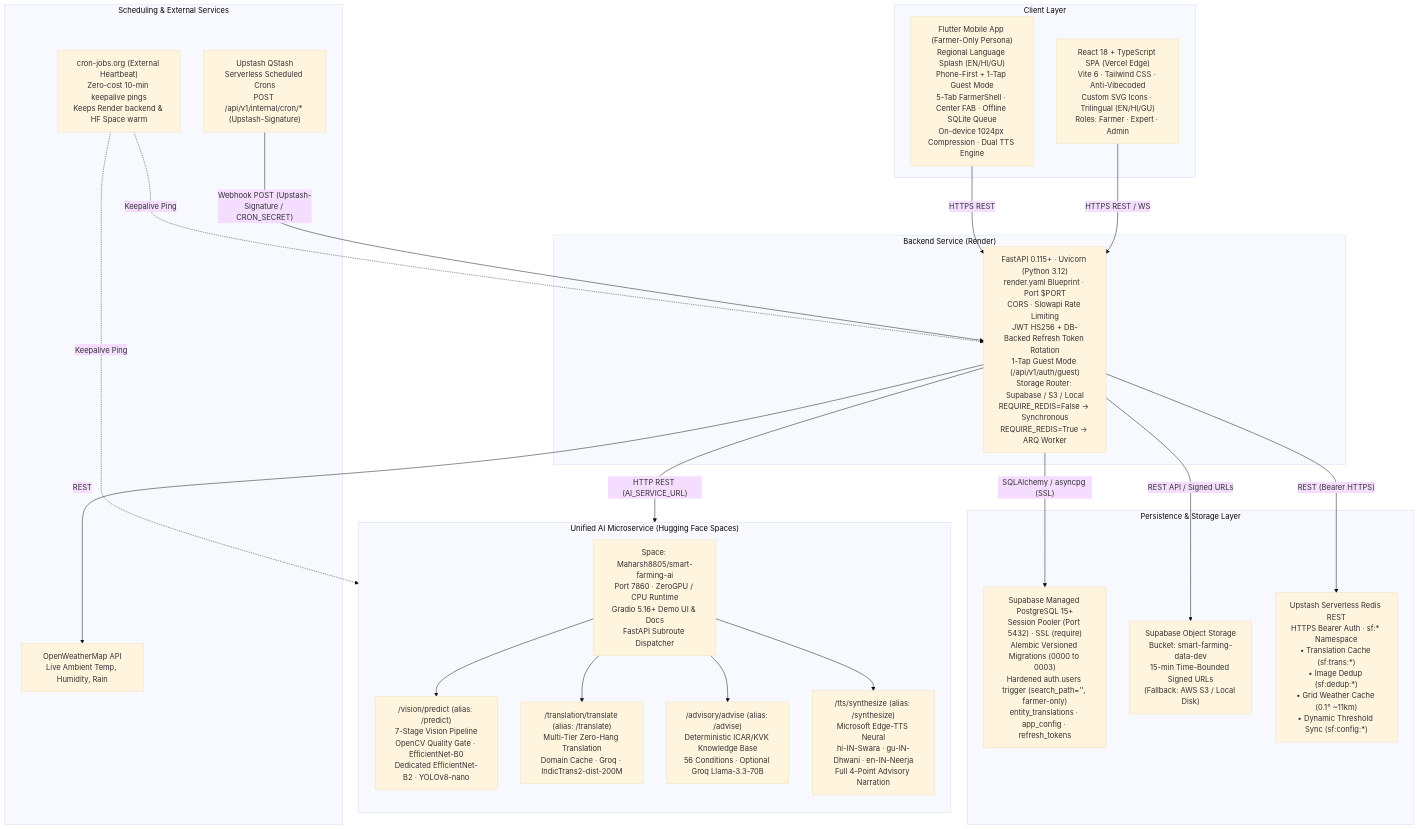
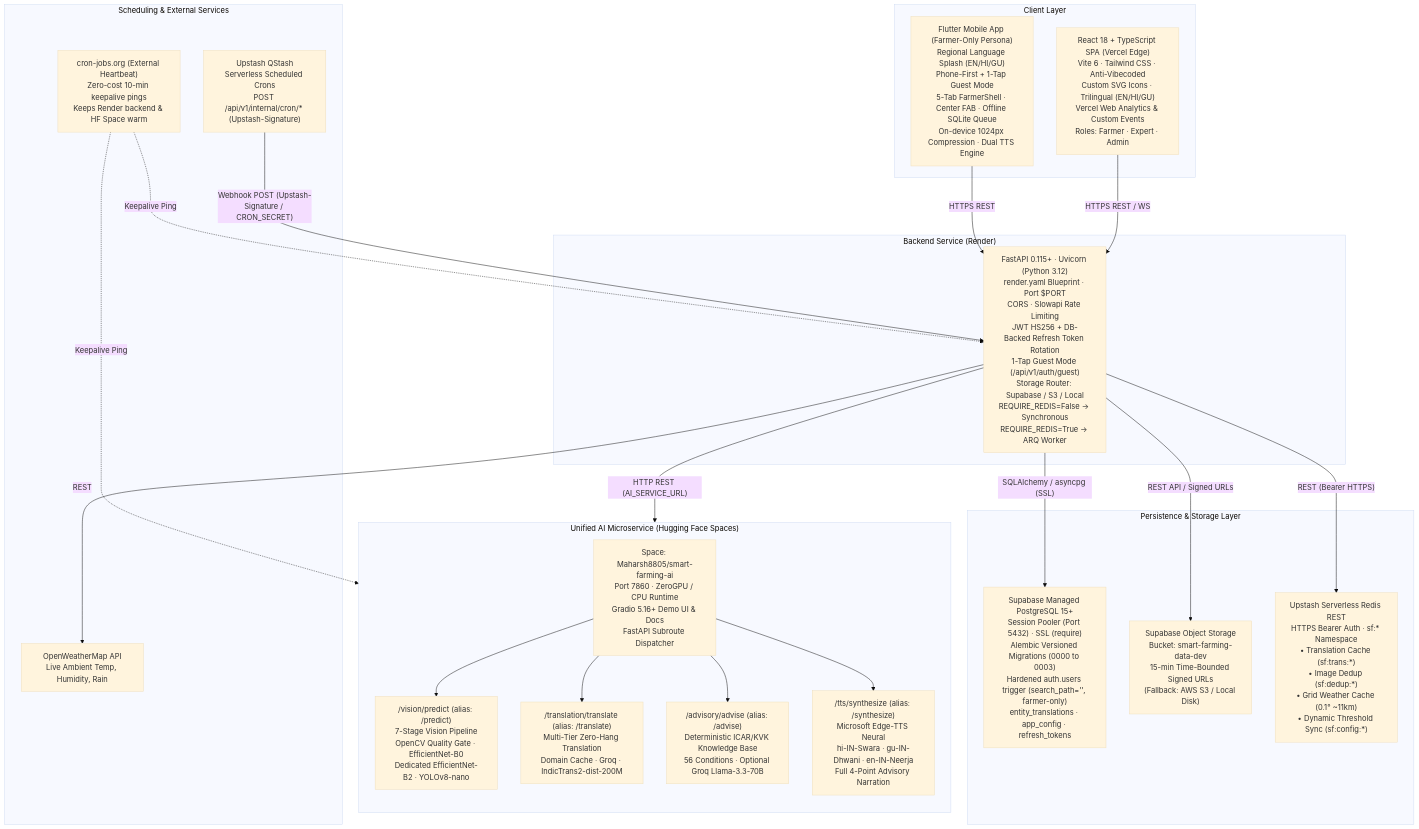
Before and after one commit to manthan2876/Smart-Farming: the first of 7 diagrams in Docs/Architecture.md, drawn with Mermaid (base theme). The commit also changed other lines of this file and 3 other files, not shown here.

Commit message:
docs: update architecture, ui/ux spec, deployment, guide and status for vercel web analytics

````diff
--- a/Docs/Architecture.md
+++ b/Docs/Architecture.md
@@ -54,49 +54,49 @@
 ```mermaid
 flowchart TD
     subgraph CLIENTS["Client Layer"]
-        SPA["React 18 + TypeScript SPA (Vercel Edge)\nVite 6 · Tailwind CSS · Anti-Vibecoded\nCustom SVG Icons · Trilingual (EN/HI/GU)\nRoles: Farmer · Expert · Admin"]
+        SPA["React 18 + TypeScript SPA (Vercel Edge)\nVite 6 · Tailwind CSS · Anti-Vibecoded\nCustom SVG Icons · Trilingual (EN/HI/GU)\nVercel Web Analytics & Custom Events\nRoles: Farmer · Expert · Admin"]
         MOB["Flutter Mobile App (Farmer-Only Persona)\nRegional Language Splash (EN/HI/GU)\nPhone-First + 1-Tap Guest Mode\n5-Tab FarmerShell · Center FAB · Offline SQLite Queue\nOn-device 1024px Compression · Dual TTS Engine"]
     end
 
     subgraph BACKEND_HOST["Backend Service (Render)"]
         API["FastAPI 0.115+ · Uvicorn (Python 3.12)\nrender.yaml Blueprint · Port $PORT\nCORS · Slowapi Rate Limiting\nJWT HS256 + DB-Backed Refresh Token Rotation\n1-Tap Guest Mode (/api/v1/auth/guest)\nStorage Router: Supabase / S3 / Local\nREQUIRE_REDIS=False → Synchronous\nREQUIRE_REDIS=True → ARQ Worker"]
     end
 
     subgraph AI_MICROSERVICE["Unified AI Microservice (Hugging Face Spaces)"]
         direction TB
         HF_SPACE["Space: Maharsh8805/smart-farming-ai\nPort 7860 · ZeroGPU / CPU Runtime\nGradio 5.16+ Demo UI & Docs\nFastAPI Subroute Dispatcher"]
         
         VISION["/vision/predict (alias: /predict)\n7-Stage Vision Pipeline\nOpenCV Quality Gate · EfficientNet-B0\nDedicated EfficientNet-B2 · YOLOv8-nano"]
         TRANS["/translation/translate (alias: /translate)\nMulti-Tier Zero-Hang Translation\nDomain Cache · Groq · IndicTrans2-dist-200M"]
         ADV["/advisory/advise (alias: /advise)\nDeterministic ICAR/KVK Knowledge Base\n56 Conditions · Optional Groq Llama-3.3-70B"]
         TTS["/tts/synthesize (alias: /synthesize)\nMicrosoft Edge-TTS Neural\nhi-IN-Swara · gu-IN-Dhwani · en-IN-Neerja\nFull 4-Point Advisory Narration"]
 
         HF_SPACE --> VISION
         HF_SPACE --> TRANS
         HF_SPACE --> ADV
         HF_SPACE --> TTS
     end
 
     subgraph PERSISTENCE["Persistence & Storage Layer"]
         DB["Supabase Managed PostgreSQL 15+\nSession Pooler (Port 5432) · SSL (require)\nAlembic Versioned Migrations (0000 to 0003)\nHardened auth.users trigger (search_path='', farmer-only)\nentity_translations · app_config · refresh_tokens"]
         OBJ["Supabase Object Storage\nBucket: smart-farming-data-dev\n15-min Time-Bounded Signed URLs\n(Fallback: AWS S3 / Local Disk)"]
         UPSTASH["Upstash Serverless Redis REST\nHTTPS Bearer Auth · sf:* Namespace\n• Translation Cache (sf:trans:*)\n• Image Dedup (sf:dedup:*)\n• Grid Weather Cache (0.1° ~11km)\n• Dynamic Threshold Sync (sf:config:*)"]
     end
 
     subgraph SCHEDULING["Scheduling & External Services"]
         CRON["cron-jobs.org (External Heartbeat)\nZero-cost 10-min keepalive pings\nKeeps Render backend & HF Space warm"]
         QSTASH["Upstash QStash\nServerless Scheduled Crons\nPOST /api/v1/internal/cron/* (Upstash-Signature)"]
         OWM["OpenWeatherMap API\nLive Ambient Temp, Humidity, Rain"]
     end
 
     SPA -- "HTTPS REST / WS" --> API
     MOB -- "HTTPS REST" --> API
     API -- "HTTP REST (AI_SERVICE_URL)" --> HF_SPACE
     API -- "REST API / Signed URLs" --> OBJ
     API -- "SQLAlchemy / asyncpg (SSL)" --> DB
     API -- "REST (Bearer HTTPS)" --> UPSTASH
     API -- "REST" --> OWM
     QSTASH -- "Webhook POST (Upstash-Signature / CRON_SECRET)" --> API
     CRON -. "Keepalive Ping" .-> API
     CRON -. "Keepalive Ping" .-> HF_SPACE
 ```
````
